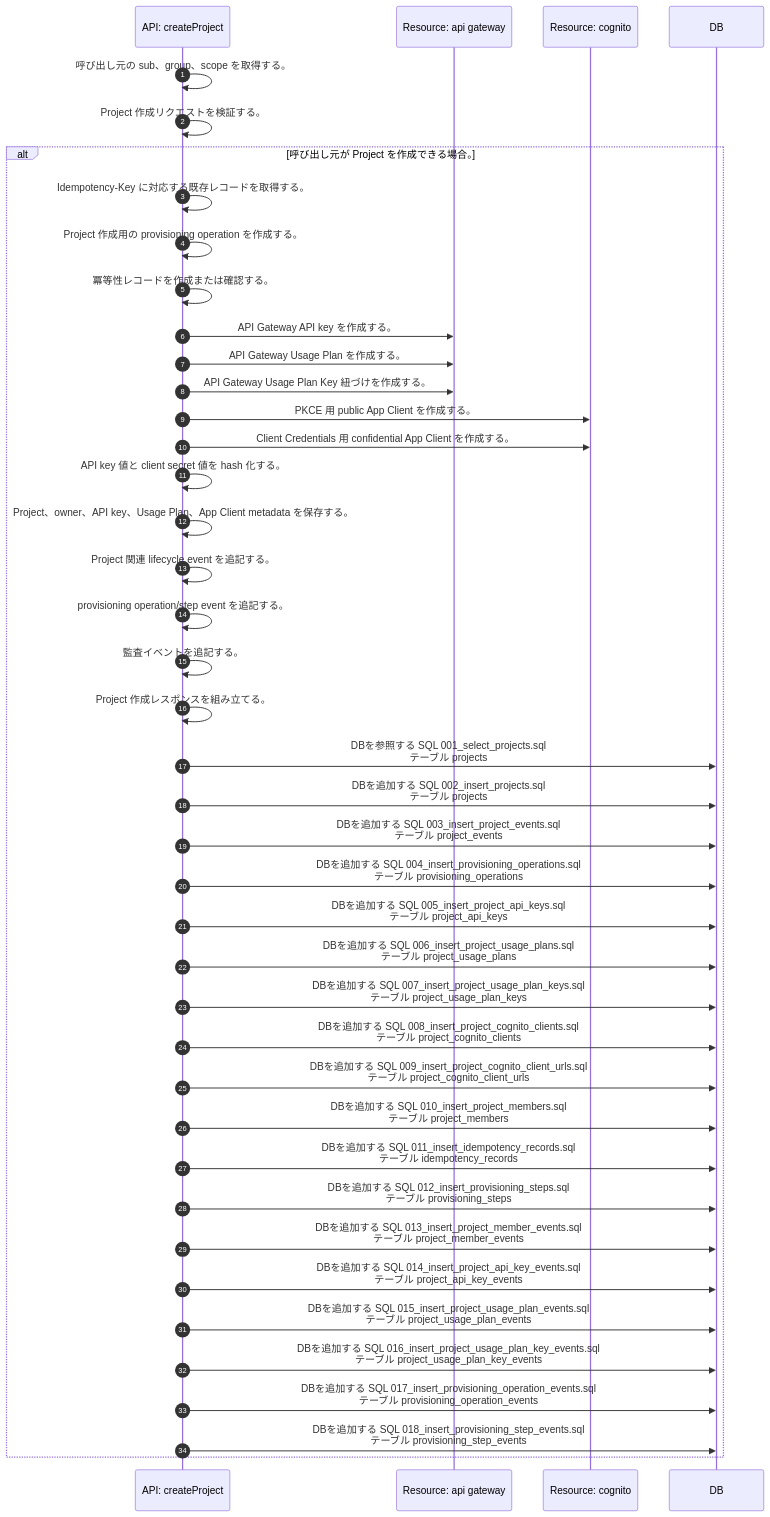
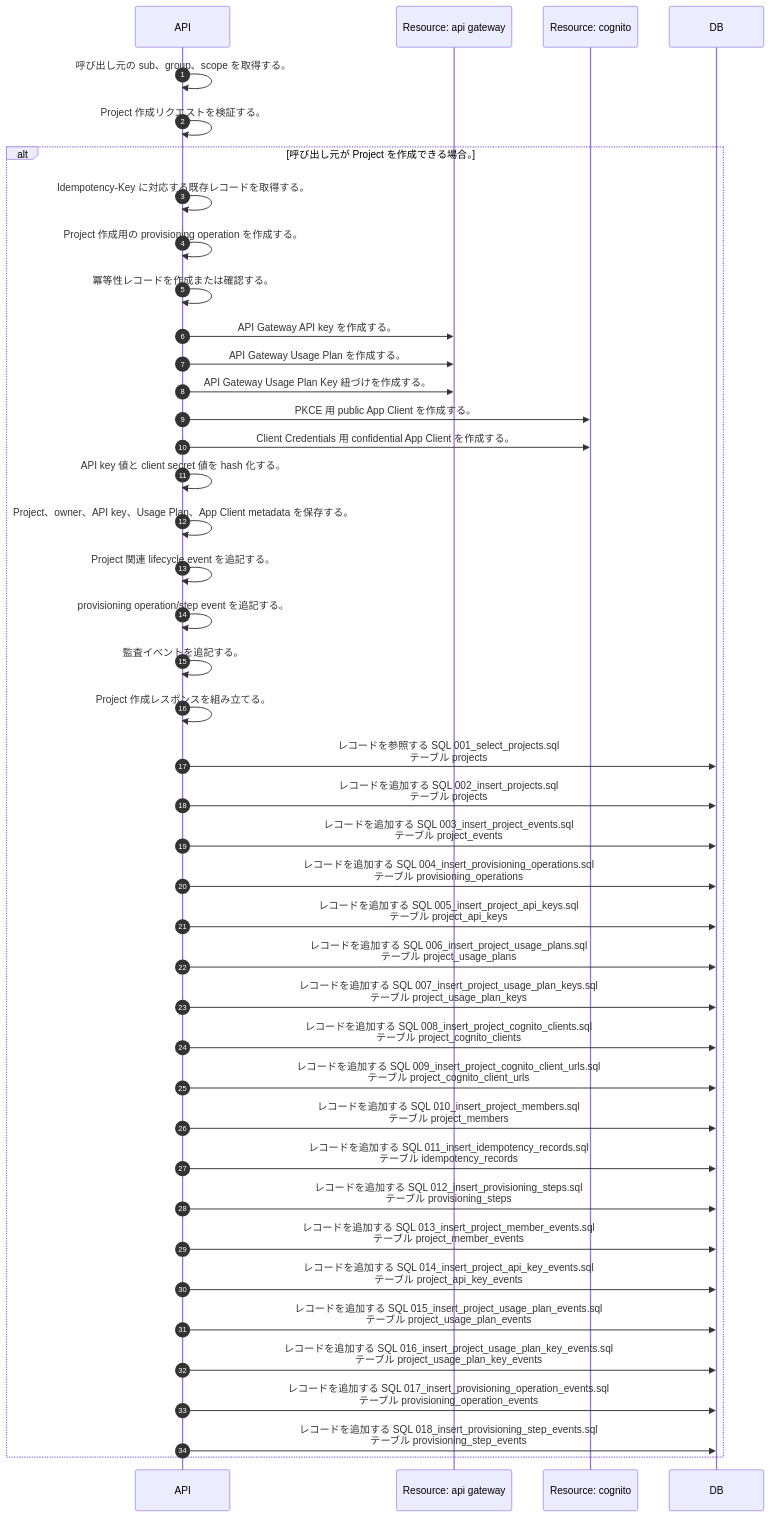
Before and after one commit to tsuji-tomonori/lazunex: the diagram in docs/spec/40.apis/projects/create_project/sequence_gen.md, drawn with Mermaid. The commit also changed 15 other files, not shown here.

First line of the commit message:
🐛 fix(api): sequenceのAPI名とDB操作表現を修正

````diff
--- a/docs/spec/40.apis/projects/create_project/sequence_gen.md
+++ b/docs/spec/40.apis/projects/create_project/sequence_gen.md
@@ -5,44 +5,44 @@
 ```mermaid
 sequenceDiagram
   autonumber
-  participant API as API: createProject
+  participant API as API
   participant R_api_gateway as Resource: api gateway
   participant R_cognito as Resource: cognito
   participant DB as DB
   API->>API: 呼び出し元の sub、group、scope を取得する。
   API->>API: Project 作成リクエストを検証する。
   alt 呼び出し元が Project を作成できる場合。
     API->>API: Idempotency-Key に対応する既存レコードを取得する。
     API->>API: Project 作成用の provisioning operation を作成する。
     API->>API: 冪等性レコードを作成または確認する。
     API->>R_api_gateway: API Gateway API key を作成する。
     API->>R_api_gateway: API Gateway Usage Plan を作成する。
     API->>R_api_gateway: API Gateway Usage Plan Key 紐づけを作成する。
     API->>R_cognito: PKCE 用 public App Client を作成する。
     API->>R_cognito: Client Credentials 用 confidential App Client を作成する。
     API->>API: API key 値と client secret 値を hash 化する。
     API->>API: Project、owner、API key、Usage Plan、App Client metadata を保存する。
     API->>API: Project 関連 lifecycle event を追記する。
     API->>API: provisioning operation/step event を追記する。
     API->>API: 監査イベントを追記する。
     API->>API: Project 作成レスポンスを組み立てる。
-    API->>DB: DBを参照する SQL 001_select_projects.sql<br/>テーブル projects
-    API->>DB: DBを追加する SQL 002_insert_projects.sql<br/>テーブル projects
-    API->>DB: DBを追加する SQL 003_insert_project_events.sql<br/>テーブル project_events
-    API->>DB: DBを追加する SQL 004_insert_provisioning_operations.sql<br/>テーブル provisioning_operations
-    API->>DB: DBを追加する SQL 005_insert_project_api_keys.sql<br/>テーブル project_api_keys
-    API->>DB: DBを追加する SQL 006_insert_project_usage_plans.sql<br/>テーブル project_usage_plans
-    API->>DB: DBを追加する SQL 007_insert_project_usage_plan_keys.sql<br/>テーブル project_usage_plan_keys
-    API->>DB: DBを追加する SQL 008_insert_project_cognito_clients.sql<br/>テーブル project_cognito_clients
-    API->>DB: DBを追加する SQL 009_insert_project_cognito_client_urls.sql<br/>テーブル project_cognito_client_urls
-    API->>DB: DBを追加する SQL 010_insert_project_members.sql<br/>テーブル project_members
-    API->>DB: DBを追加する SQL 011_insert_idempotency_records.sql<br/>テーブル idempotency_records
-    API->>DB: DBを追加する SQL 012_insert_provisioning_steps.sql<br/>テーブル provisioning_steps
-    API->>DB: DBを追加する SQL 013_insert_project_member_events.sql<br/>テーブル project_member_events
-    API->>DB: DBを追加する SQL 014_insert_project_api_key_events.sql<br/>テーブル project_api_key_events
-    API->>DB: DBを追加する SQL 015_insert_project_usage_plan_events.sql<br/>テーブル project_usage_plan_events
-    API->>DB: DBを追加する SQL 016_insert_project_usage_plan_key_events.sql<br/>テーブル project_usage_plan_key_events
-    API->>DB: DBを追加する SQL 017_insert_provisioning_operation_events.sql<br/>テーブル provisioning_operation_events
-    API->>DB: DBを追加する SQL 018_insert_provisioning_step_events.sql<br/>テーブル provisioning_step_events
+    API->>DB: レコードを参照する SQL 001_select_projects.sql<br/>テーブル projects
+    API->>DB: レコードを追加する SQL 002_insert_projects.sql<br/>テーブル projects
+    API->>DB: レコードを追加する SQL 003_insert_project_events.sql<br/>テーブル project_events
+    API->>DB: レコードを追加する SQL 004_insert_provisioning_operations.sql<br/>テーブル provisioning_operations
+    API->>DB: レコードを追加する SQL 005_insert_project_api_keys.sql<br/>テーブル project_api_keys
+    API->>DB: レコードを追加する SQL 006_insert_project_usage_plans.sql<br/>テーブル project_usage_plans
+    API->>DB: レコードを追加する SQL 007_insert_project_usage_plan_keys.sql<br/>テーブル project_usage_plan_keys
+    API->>DB: レコードを追加する SQL 008_insert_project_cognito_clients.sql<br/>テーブル project_cognito_clients
+    API->>DB: レコードを追加する SQL 009_insert_project_cognito_client_urls.sql<br/>テーブル project_cognito_client_urls
+    API->>DB: レコードを追加する SQL 010_insert_project_members.sql<br/>テーブル project_members
+    API->>DB: レコードを追加する SQL 011_insert_idempotency_records.sql<br/>テーブル idempotency_records
+    API->>DB: レコードを追加する SQL 012_insert_provisioning_steps.sql<br/>テーブル provisioning_steps
+    API->>DB: レコードを追加する SQL 013_insert_project_member_events.sql<br/>テーブル project_member_events
+    API->>DB: レコードを追加する SQL 014_insert_project_api_key_events.sql<br/>テーブル project_api_key_events
+    API->>DB: レコードを追加する SQL 015_insert_project_usage_plan_events.sql<br/>テーブル project_usage_plan_events
+    API->>DB: レコードを追加する SQL 016_insert_project_usage_plan_key_events.sql<br/>テーブル project_usage_plan_key_events
+    API->>DB: レコードを追加する SQL 017_insert_provisioning_operation_events.sql<br/>テーブル provisioning_operation_events
+    API->>DB: レコードを追加する SQL 018_insert_provisioning_step_events.sql<br/>テーブル provisioning_step_events
   end
 ```
````
